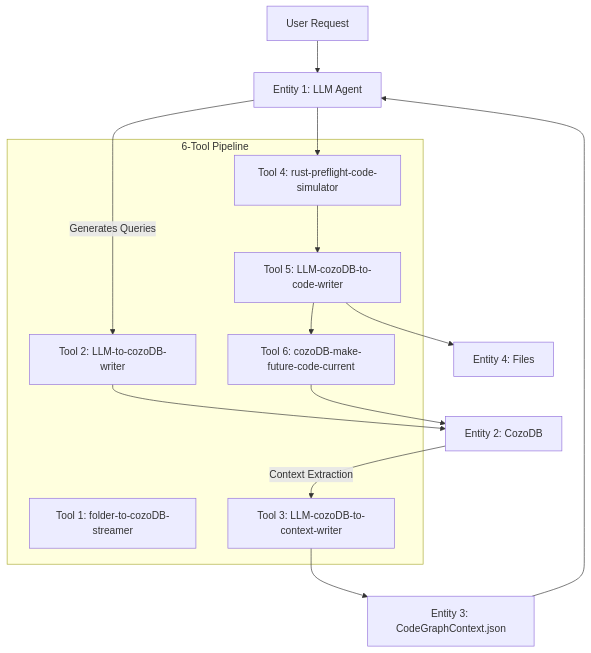
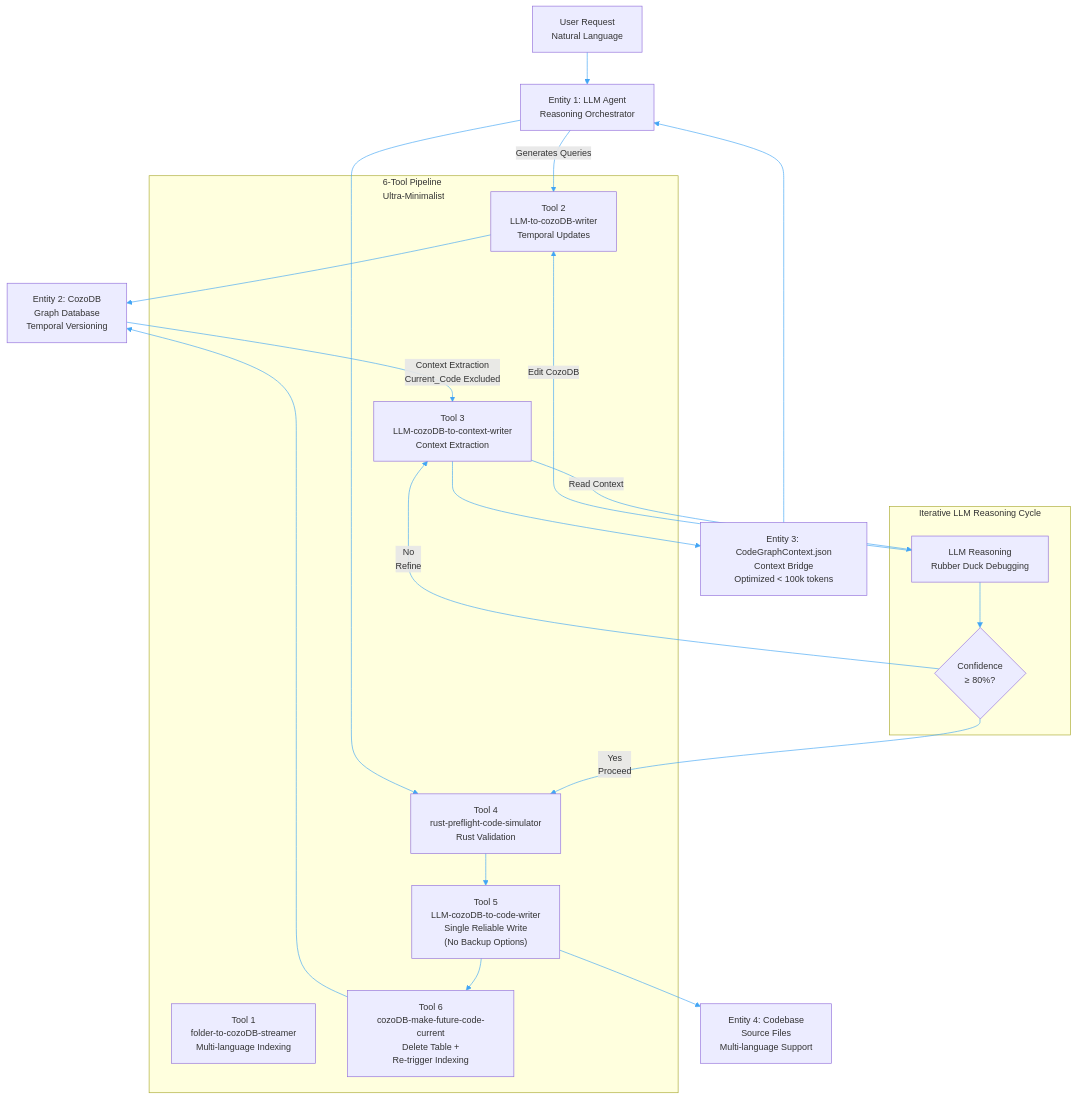
The first of 7 diagrams in .prdArchDocs/P07Arch01.md (that-in-rust/parseltongue), drawn with Mermaid before and after one commit. The commit also changed other lines of this file, not shown here.

First line of the commit message:
feat: align P07Arch01.md with ultra-minimalist truth and add comprehensive architecture diagrams

````diff
--- a/.prdArchDocs/P07Arch01.md
+++ b/.prdArchDocs/P07Arch01.md
@@ -34,21 +56,44 @@
 ```mermaid
+---
+config:
+  flowchart:
+    defaultRenderer: "dagre"
+  themeVariables:
+    primaryColor: "#f3f9ff"
+    primaryTextColor: "#0d47a1"
+    primaryBorderColor: "#2196f3"
+    lineColor: "#42a5f5"
+    secondaryColor: "#f1f8e9"
+    tertiaryColor: "#fff3e0"
+    background: "#ffffff"
+    fontFamily: "Arial, sans-serif"
+    fontSize: "14px"
+---
 flowchart TD
-    User[User Request] --> LLM[Entity 1: LLM Agent]
+    User[User Request<br/>Natural Language] --> LLM["Entity 1: LLM Agent<br/>Reasoning Orchestrator"]
 
-    subgraph Tools ["6-Tool Pipeline"]
-        Tool1[Tool 1: folder-to-cozoDB-streamer]
-        Tool2[Tool 2: LLM-to-cozoDB-writer]
-        Tool3[Tool 3: LLM-cozoDB-to-context-writer]
-        Tool4[Tool 4: rust-preflight-code-simulator]
-        Tool5[Tool 5: LLM-cozoDB-to-code-writer]
-        Tool6[Tool 6: cozoDB-make-future-code-current]
+    subgraph Tools ["6-Tool Pipeline<br/>Ultra-Minimalist"]
+        Tool1["Tool 1<br/>folder-to-cozoDB-streamer<br/>Multi-language Indexing"]
+        Tool2["Tool 2<br/>LLM-to-cozoDB-writer<br/>Temporal Updates"]
+        Tool3["Tool 3<br/>LLM-cozoDB-to-context-writer<br/>Context Extraction"]
+        Tool4["Tool 4<br/>rust-preflight-code-simulator<br/>Rust Validation"]
+        Tool5["Tool 5<br/>LLM-cozoDB-to-code-writer<br/>Single Reliable Write<br/>(No Backup Options)"]
+        Tool6["Tool 6<br/>cozoDB-make-future-code-current<br/>Delete Table +<br/>Re-trigger Indexing"]
+    end
+
+    subgraph ReasoningCycle ["Iterative LLM Reasoning Cycle"]
+        Tool3 --> |"Read Context"| LLMReason["LLM Reasoning<br/>Rubber Duck Debugging"]
+        LLMReason --> |"Edit CozoDB"| Tool2
+        LLMReason --> ConfidenceCheck{"Confidence<br/>≥ 80%?"}
+        ConfidenceCheck --> |"No<br/>Refine"| Tool3
+        ConfidenceCheck --> |"Yes<br/>Proceed"| Tool4
     end
 
     LLM --> |"Generates Queries"| Tool2
-    Tool2 --> CozoDB[Entity 2: CozoDB]
-    CozoDB --> |"Context Extraction"| Tool3
-    Tool3 --> Context[Entity 3: CodeGraphContext.json]
+    Tool2 --> CozoDB["Entity 2: CozoDB<br/>Graph Database<br/>Temporal Versioning"]
+    CozoDB --> |"Context Extraction<br/>Current_Code Excluded"| Tool3
+    Tool3 --> Context["Entity 3: CodeGraphContext.json<br/>Context Bridge<br/>Optimized < 100k tokens"]
     Context --> LLM
-    LLM --> Tool4 --> Tool5 --> Codebase[Entity 4: Files]
+    LLM --> Tool4 --> Tool5 --> Codebase["Entity 4: Codebase<br/>Source Files<br/>Multi-language Support"]
     Tool5 --> Tool6 --> CozoDB
 ```
````
